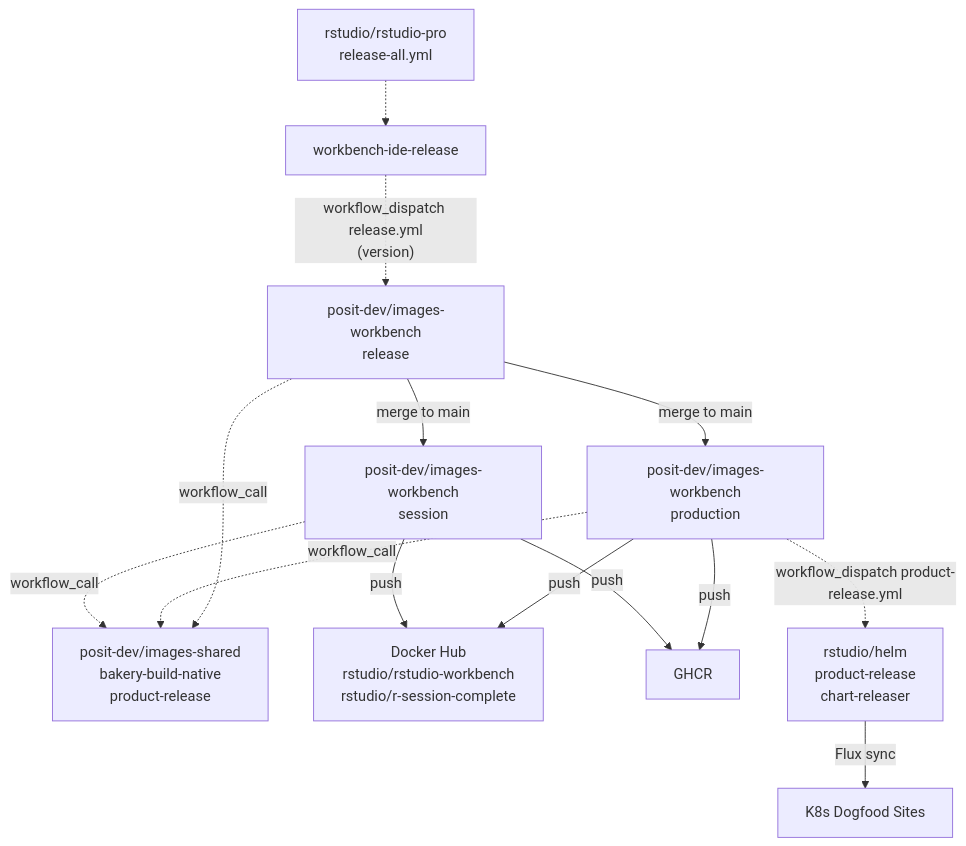
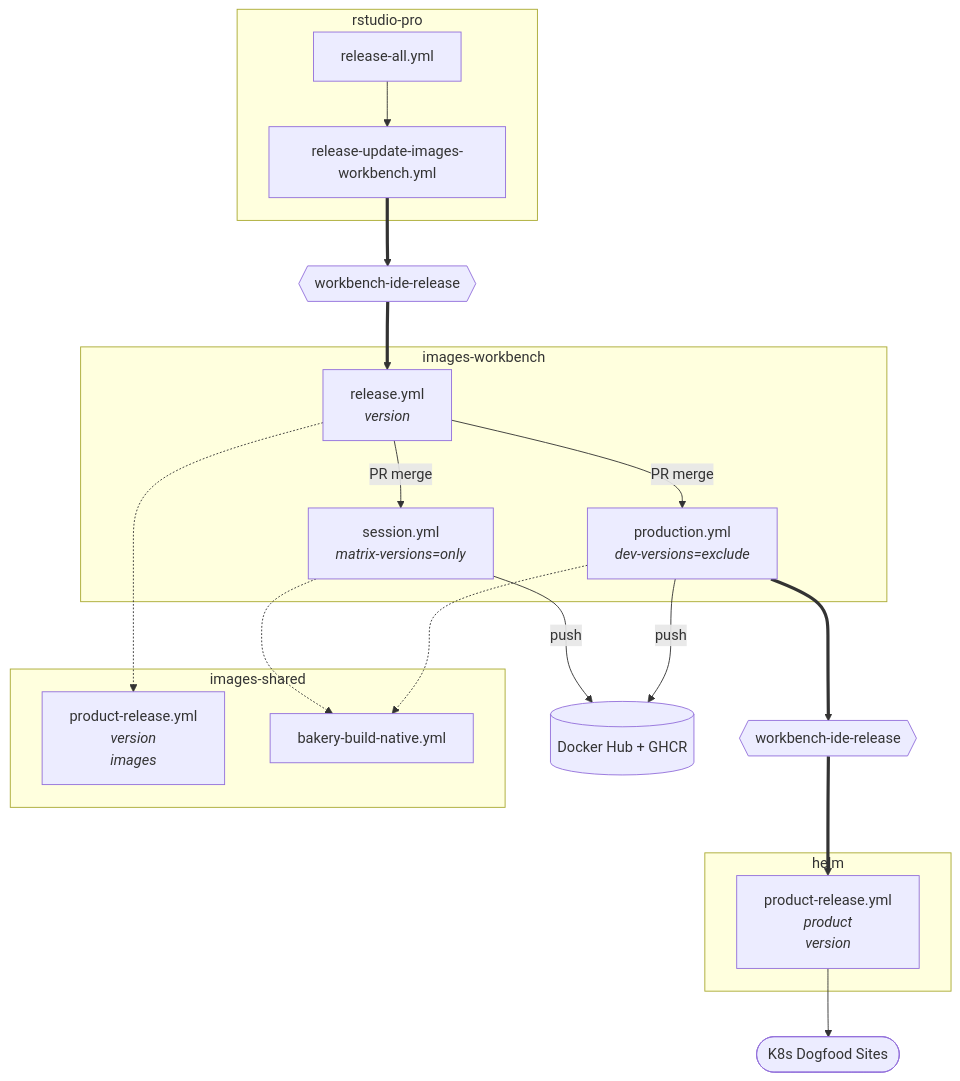
The sixth of 9 diagrams in posit-bakery/docs/cross-repo-workflows.qmd (posit-dev/images-shared), drawn with Mermaid before and after one commit. The commit also changed other lines of this file and 1 other file, not shown here.

First line of the commit message:
Update cross-repo workflow diagrams

````diff
--- a/posit-bakery/docs/cross-repo-workflows.qmd
+++ b/posit-bakery/docs/cross-repo-workflows.qmd
@@ -229,36 +229,52 @@
 ```{mermaid}
 %%| fig-cap: "Workbench Production Flow"
 graph TD
-    PROD["rstudio/rstudio-pro<br/>release-all.yml"]
-    BOT["workbench-ide-release"]
+    subgraph rstudio-pro
+        RELEASE_ALL["release-all.yml"]
+        UPDATE_IMG["release-update-images-workbench.yml"]
+        RELEASE_ALL --> UPDATE_IMG
+    end
 
-    PROD -.-> BOT
-    BOT -.->|"workflow_dispatch release.yml<br/>(version)"| IMG_RELEASE
+    UPDATE_IMG ==> APP_REL{{"workbench-ide-release"}}
+    APP_REL ==> REL
 
-    SHARED["posit-dev/images-shared<br/>bakery-build-native<br/>product-release"]
+    subgraph images-workbench
+        REL["release.yml<br/><i>version</i>"]
+        PROD_WF["production.yml<br/><i>dev-versions=exclude</i>"]
+        SESSION["session.yml<br/><i>matrix-versions=only</i>"]
+    end
 
-    IMG_RELEASE["posit-dev/images-workbench<br/>release"]
-    IMG_PROD["posit-dev/images-workbench<br/>production"]
-    IMG_SESSION["posit-dev/images-workbench<br/>session"]
+    REL -.-> PRODUCT_REL
 
-    IMG_RELEASE -.->|workflow_call| SHARED
-    IMG_PROD -.->|workflow_call| SHARED
-    IMG_SESSION -.->|workflow_call| SHARED
+    subgraph images-shared
+        PRODUCT_REL["product-release.yml<br/><i>version</i><br/><i>images</i>"]
+        SHARED["bakery-build-native.yml"]
+    end
 
-    IMG_RELEASE -->|"merge to main"| IMG_PROD
-    IMG_RELEASE -->|"merge to main"| IMG_SESSION
+    REL -->|"PR merge"| PROD_WF
+    REL -->|"PR merge"| SESSION
 
-    IMG_PROD -->|push| DOCKERHUB
-    IMG_PROD -->|push| GHCR
-    IMG_SESSION -->|push| DOCKERHUB
-    IMG_SESSION -->|push| GHCR
+    PROD_WF -.-> SHARED
+    SESSION -.-> SHARED
 
-    DOCKERHUB["Docker Hub<br/>rstudio/rstudio-workbench<br/>rstudio/r-session-complete"]
-    GHCR["GHCR"]
+    PROD_WF -->|push| REGISTRIES[("Docker Hub + GHCR")]
+    SESSION -->|push| REGISTRIES
 
-    IMG_PROD -.->|"workflow_dispatch product-release.yml"| HELM
-    HELM["rstudio/helm<br/>product-release<br/>chart-releaser"]
-    HELM -->|Flux sync| K8S
+    PROD_WF ==> APP_HELM{{"workbench-ide-release"}}
+    APP_HELM ==> HELM_WF
 
-    K8S["K8s Dogfood Sites"]
+    subgraph helm
+        HELM_WF["product-release.yml<br/><i>product</i><br/><i>version</i>"]
+    end
+
+    HELM_WF --> K8S(["K8s Dogfood Sites"])
+
+    click RELEASE_ALL "https://github.com/rstudio/rstudio-pro/blob/main/.github/workflows/release-all.yml" _blank
+    click UPDATE_IMG "https://github.com/rstudio/rstudio-pro/blob/main/.github/workflows/release-update-images-workbench.yml" _blank
+    click REL "https://github.com/posit-dev/images-workbench/blob/main/.github/workflows/release.yml" _blank
+    click PROD_WF "https://github.com/posit-dev/images-workbench/blob/main/.github/workflows/production.yml" _blank
+    click SESSION "https://github.com/posit-dev/images-workbench/blob/main/.github/workflows/session.yml" _blank
+    click PRODUCT_REL "https://github.com/posit-dev/images-shared/blob/main/.github/workflows/product-release.yml" _blank
+    click SHARED "https://github.com/posit-dev/images-shared/blob/main/.github/workflows/bakery-build-native.yml" _blank
+    click HELM_WF "https://github.com/rstudio/helm/blob/main/.github/workflows/product-release.yml" _blank
 ```
````
